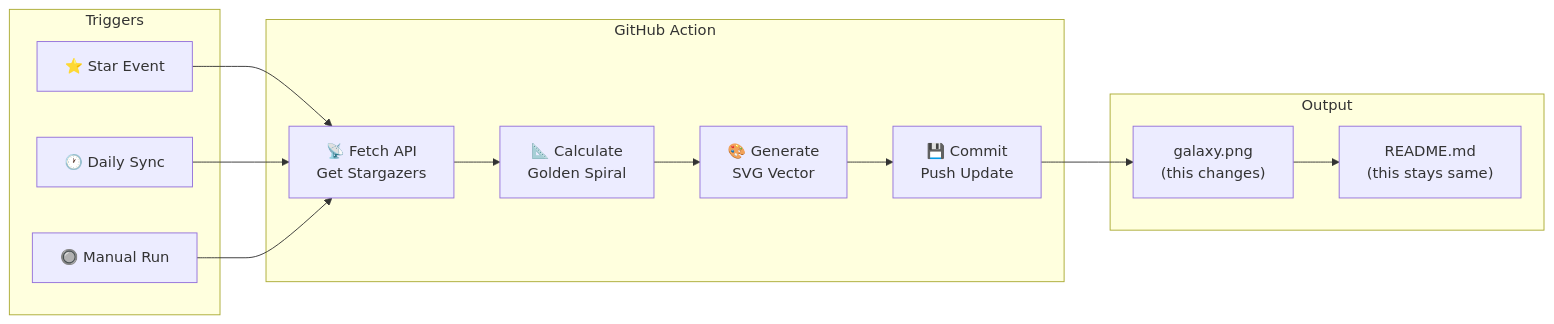
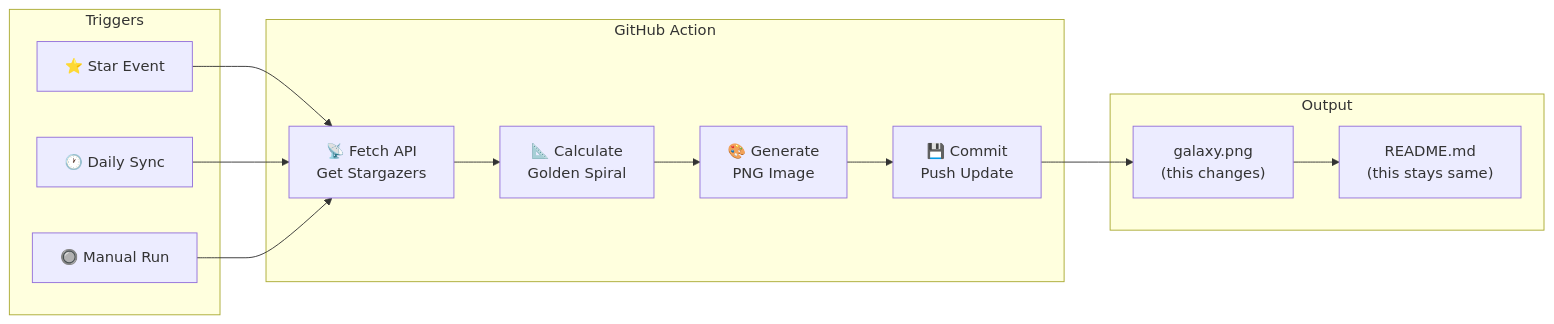
Before and after one commit to tznthou/day-19-stargazer-galaxy: the diagram in README_EN.md, drawn with Mermaid. The commit also changed other lines of this file and 1 other file, not shown here.

Commit message:
docs: 更新隨想，改為 Puppeteer + PNG 說明

````diff
--- a/README_EN.md
+++ b/README_EN.md
@@ -70,26 +70,26 @@
 ```mermaid
 flowchart LR
     subgraph Trigger["Triggers"]
         Star["⭐ Star Event"]
         Cron["🕐 Daily Sync"]
         Manual["🔘 Manual Run"]
     end
 
     subgraph Action["GitHub Action"]
         Fetch["📡 Fetch API<br/>Get Stargazers"]
         Calc["📐 Calculate<br/>Golden Spiral"]
-        Gen["🎨 Generate<br/>SVG Vector"]
+        Gen["🎨 Generate<br/>PNG Image"]
         Commit["💾 Commit<br/>Push Update"]
     end
 
     subgraph Output["Output"]
-        SVG["galaxy.png<br/>(this changes)"]
+        PNG["galaxy.png<br/>(this changes)"]
         README["README.md<br/>(this stays same)"]
     end
 
     Star --> Fetch
     Cron --> Fetch
     Manual --> Fetch
     Fetch --> Calc --> Gen --> Commit
-    Commit --> SVG --> README
+    Commit --> PNG --> README
 ```
````
